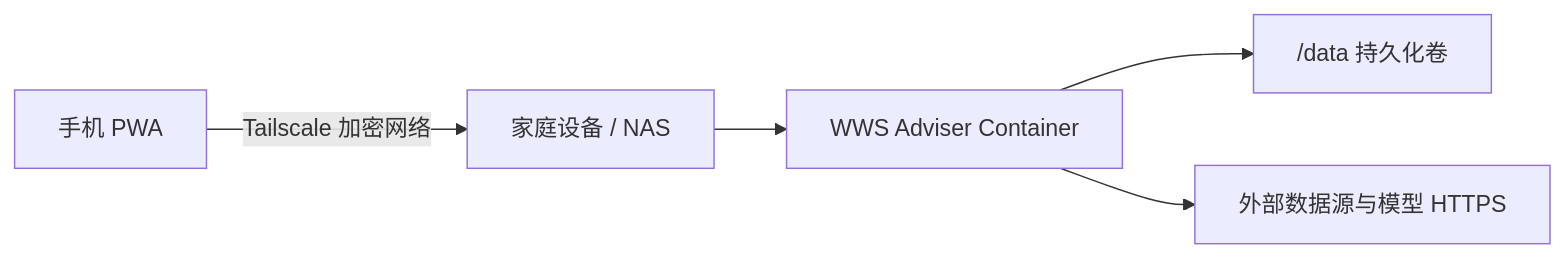
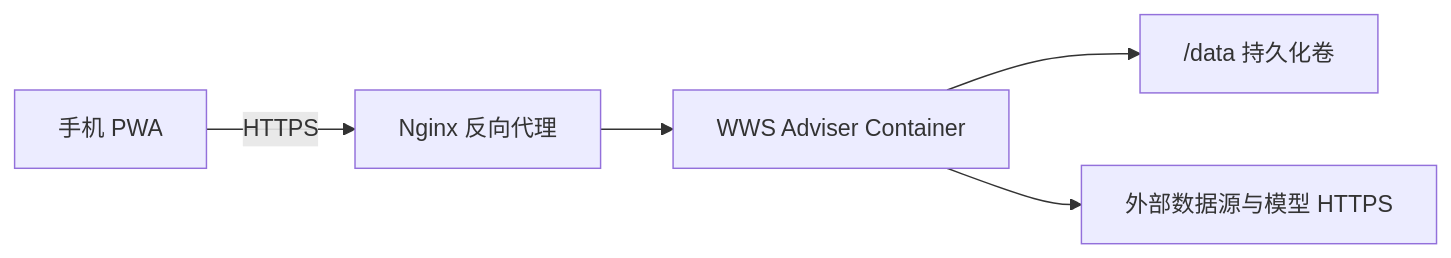
The seventh of 7 diagrams in docs/TECHNICAL_ARCHITECTURE.md (Luc-xz/wws-adviser), drawn with Mermaid before and after one commit. The commit also changed other lines of this file and 78 other files, not shown here.

````diff
--- a/docs/TECHNICAL_ARCHITECTURE.md
+++ b/docs/TECHNICAL_ARCHITECTURE.md
@@ -1096,7 +1100,7 @@
 ```mermaid
 flowchart LR
-    Phone["手机 PWA"] -->|"Tailscale 加密网络"| Host["家庭设备 / NAS"]
-    Host --> Container["WWS Adviser Container"]
+    Phone["手机 PWA"] -->|"HTTPS"| Nginx["Nginx 反向代理"]
+    Nginx --> Container["WWS Adviser Container"]
     Container --> Volume["/data 持久化卷"]
     Container --> Internet["外部数据源与模型 HTTPS"]
 ```
````
